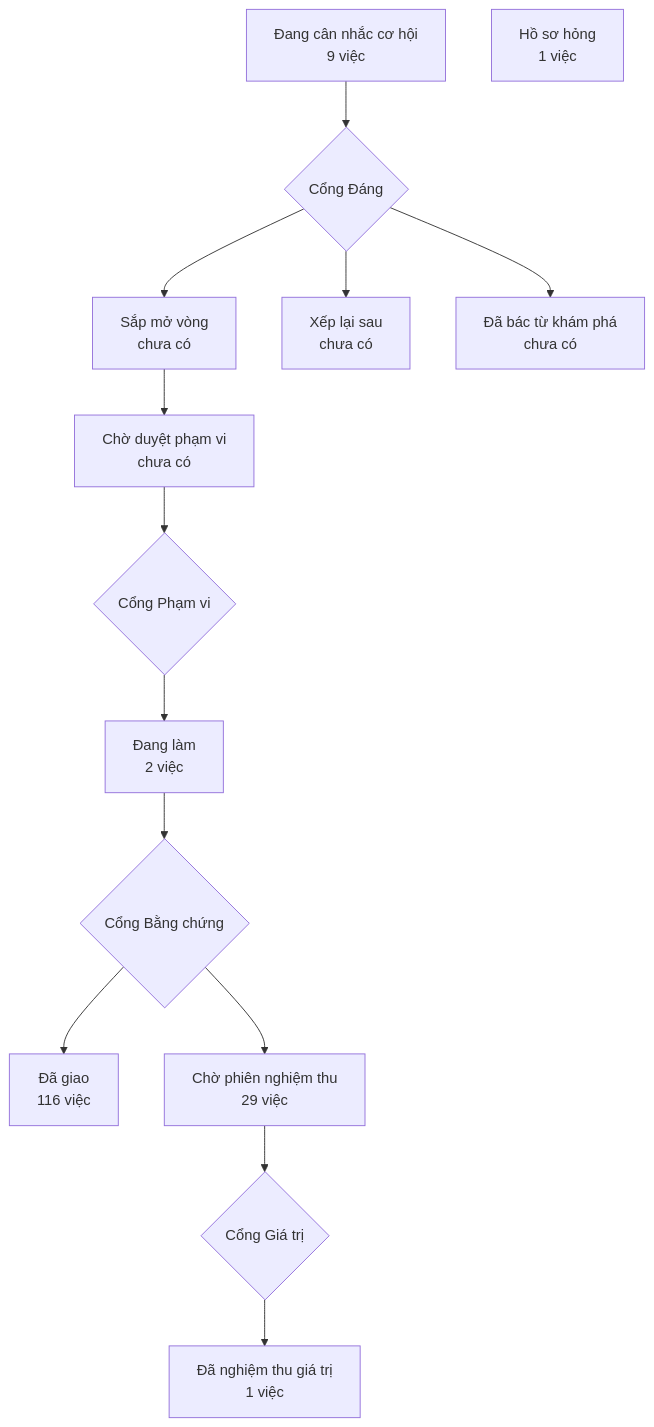
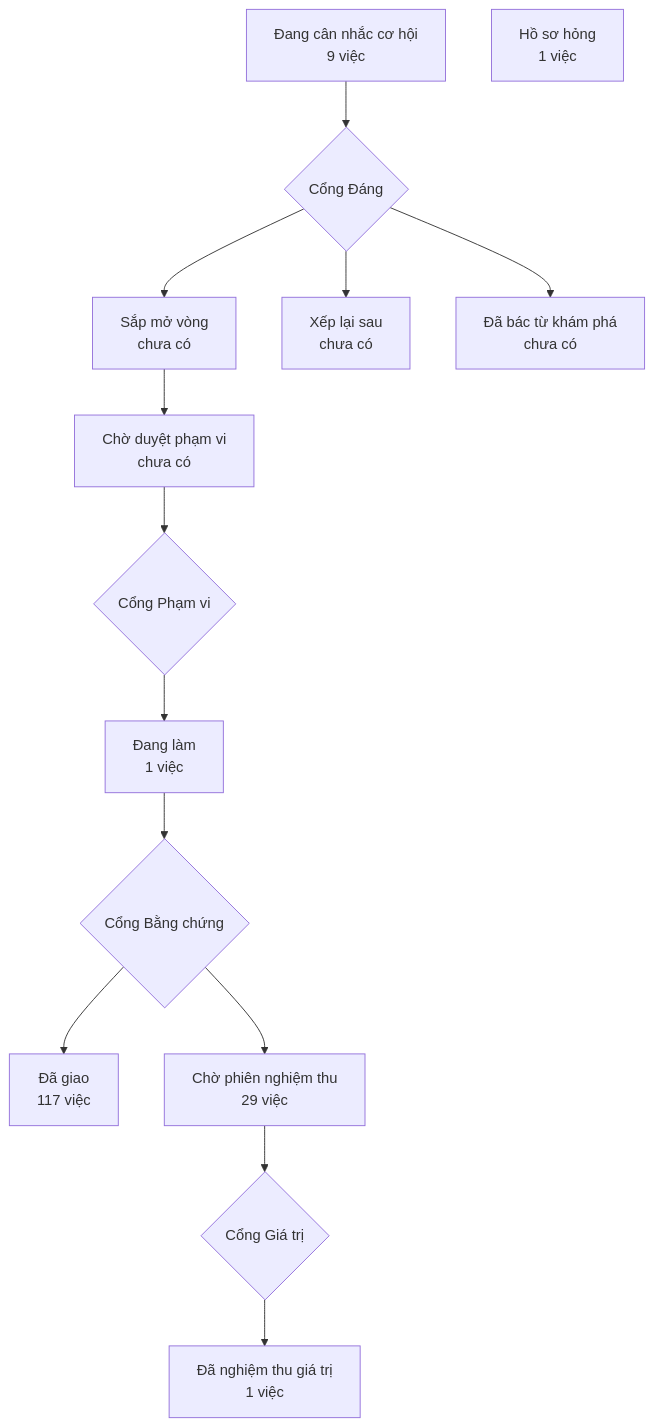
Before and after one commit to phanlemanh/crm-onehub: the diagram in PRODUCT-MAP.md, drawn with Mermaid. The commit also changed 3 other files, not shown here.

````diff
--- a/PRODUCT-MAP.md
+++ b/PRODUCT-MAP.md
@@ -7,13 +7,13 @@
 ```mermaid
 flowchart TD
   A["Đang cân nhắc cơ hội<br/>9 việc"] --> GD{"Cổng Đáng"}
   GD --> B["Sắp mở vòng<br/>chưa có"]
   GD --> XL["Xếp lại sau<br/>chưa có"]
   GD --> DB["Đã bác từ khám phá<br/>chưa có"]
   B --> CD["Chờ duyệt phạm vi<br/>chưa có"] --> GP{"Cổng Phạm vi"}
-  GP --> DL["Đang làm<br/>2 việc"] --> GB{"Cổng Bằng chứng"}
-  GB --> DG["Đã giao<br/>116 việc"]
+  GP --> DL["Đang làm<br/>1 việc"] --> GB{"Cổng Bằng chứng"}
+  GB --> DG["Đã giao<br/>117 việc"]
   GB --> CN["Chờ phiên nghiệm thu<br/>29 việc"] --> GG{"Cổng Giá trị"}
   GG --> NT["Đã nghiệm thu giá trị<br/>1 việc"]
   HS["Hồ sơ hỏng<br/>1 việc"]
 ```
````
